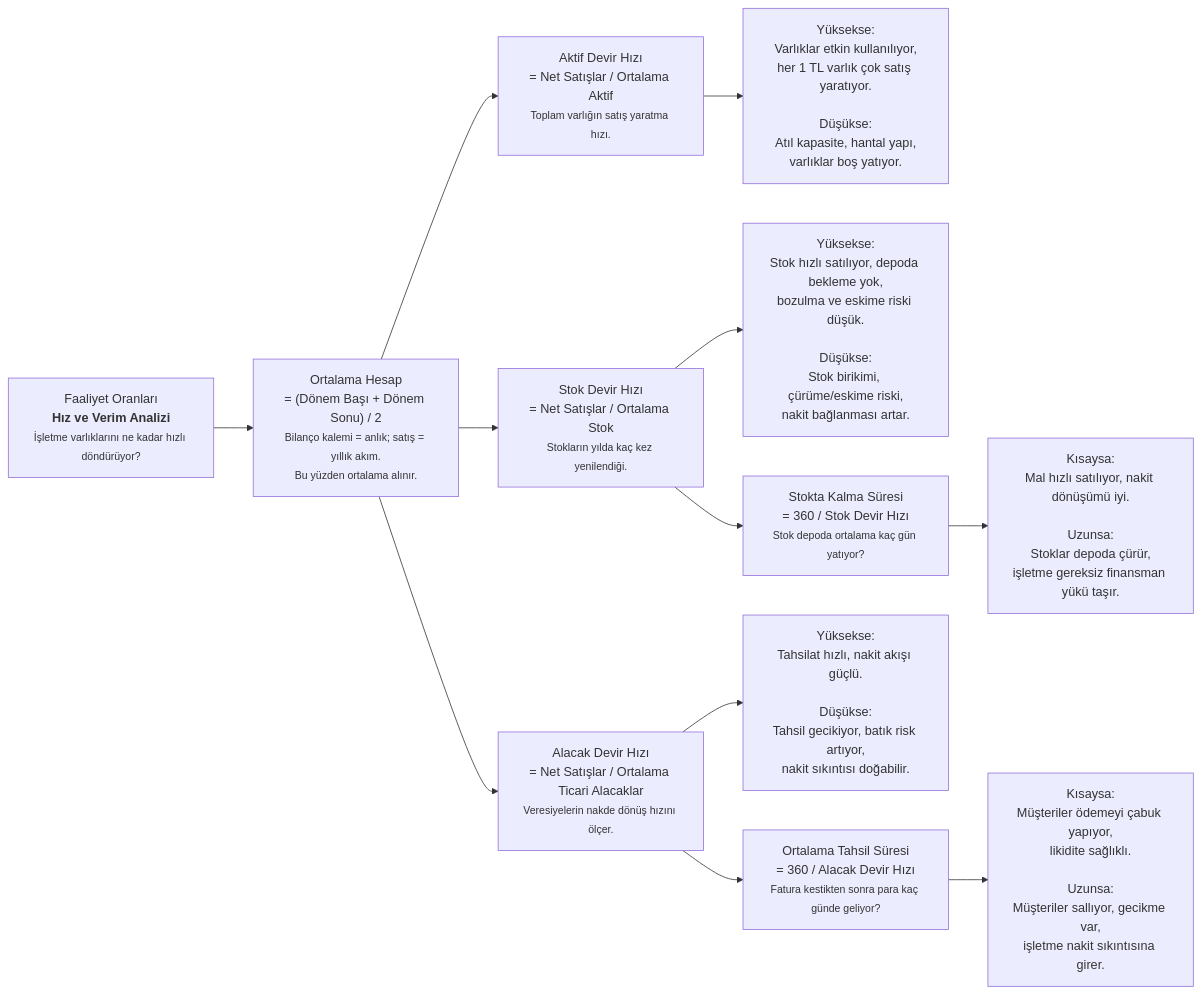
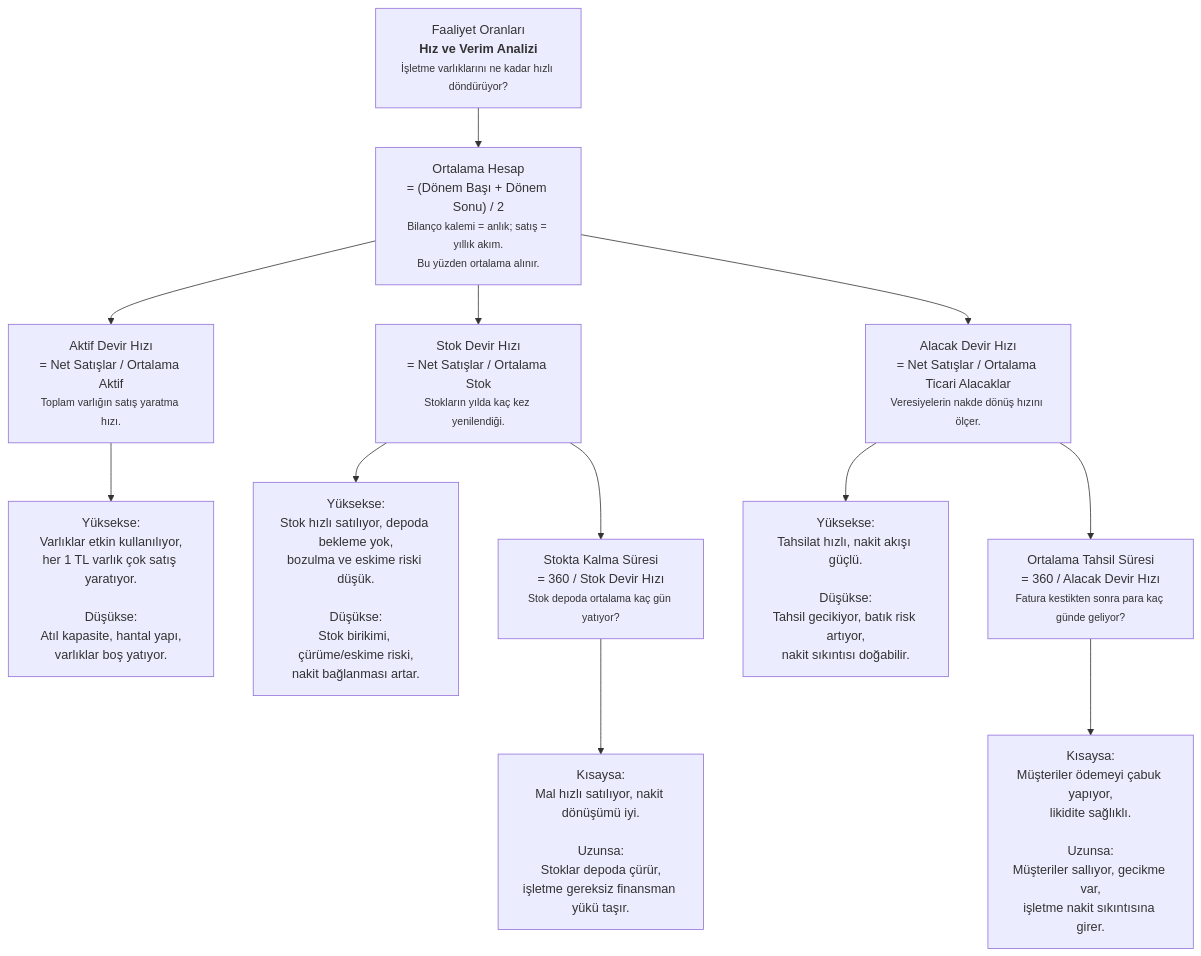
Before and after one commit to meto-data/noetic-logos: the diagram in content/Depo/Linkler/Diyagram - Faaliyet Rasyoları.md, drawn with Mermaid. The commit also changed 2 other files, not shown here.

````diff
--- a/content/Depo/Linkler/Diyagram - Faaliyet Rasyoları.md
+++ b/content/Depo/Linkler/Diyagram - Faaliyet Rasyoları.md
@@ -1,21 +1,21 @@
 ```mermaid
-flowchart LR
+flowchart 
 
 A["Faaliyet Oranları<br/><b>Hız ve Verim Analizi</b><br/><small>İşletme varlıklarını ne kadar hızlı döndürüyor?</small>"] --> B["Ortalama Hesap<br/>= (Dönem Başı + Dönem Sonu) / 2<br/><small>Bilanço kalemi = anlık; satış = yıllık akım.<br/>Bu yüzden ortalama alınır.</small>"]
 
 B --> C["Aktif Devir Hızı<br/>= Net Satışlar / Ortalama Aktif<br/><small>Toplam varlığın satış yaratma hızı.</small>"]
 C --> C1["Yüksekse:<br/>Varlıklar etkin kullanılıyor,<br/>her 1 TL varlık çok satış yaratıyor.<br/><br/>Düşükse:<br/>Atıl kapasite, hantal yapı,<br/>varlıklar boş yatıyor."]
 
 B --> D["Stok Devir Hızı<br/>= Net Satışlar / Ortalama Stok<br/><small>Stokların yılda kaç kez yenilendiği.</small>"]
 D --> D1["Yüksekse:<br/>Stok hızlı satılıyor, depoda bekleme yok,<br/>bozulma ve eskime riski düşük.<br/><br/>Düşükse:<br/>Stok birikimi, çürüme/eskime riski,<br/>nakit bağlanması artar."]
 
 D --> E["Stokta Kalma Süresi<br/>= 360 / Stok Devir Hızı<br/><small>Stok depoda ortalama kaç gün yatıyor?</small>"]
 E --> E1["Kısaysa:<br/>Mal hızlı satılıyor, nakit dönüşümü iyi.<br/><br/>Uzunsa:<br/>Stoklar depoda çürür,<br/>işletme gereksiz finansman yükü taşır."]
 
 B --> F["Alacak Devir Hızı<br/>= Net Satışlar / Ortalama Ticari Alacaklar<br/><small>Veresiyelerin nakde dönüş hızını ölçer.</small>"]
 F --> F1["Yüksekse:<br/>Tahsilat hızlı, nakit akışı güçlü.<br/><br/>Düşükse:<br/>Tahsil gecikiyor, batık risk artıyor,<br/>nakit sıkıntısı doğabilir."]
 
 F --> G["Ortalama Tahsil Süresi<br/>= 360 / Alacak Devir Hızı<br/><small>Fatura kestikten sonra para kaç günde geliyor?</small>"]
 G --> G1["Kısaysa:<br/>Müşteriler ödemeyi çabuk yapıyor,<br/>likidite sağlıklı.<br/><br/>Uzunsa:<br/>Müşteriler sallıyor, gecikme var,<br/>işletme nakit sıkıntısına girer."]
 
 ```
````
